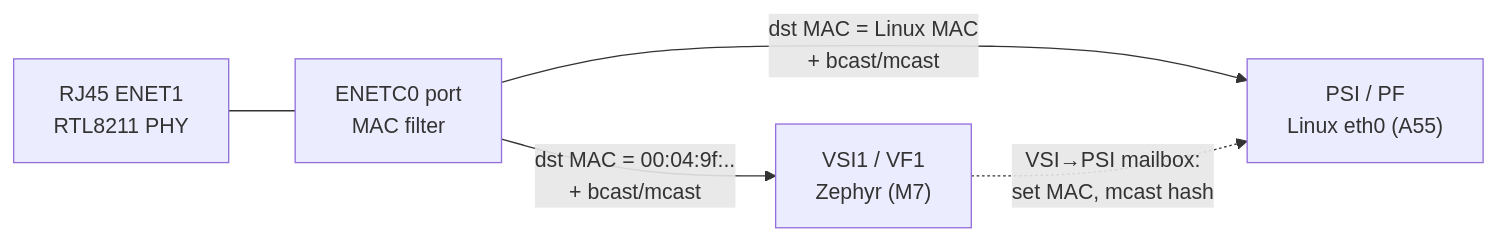
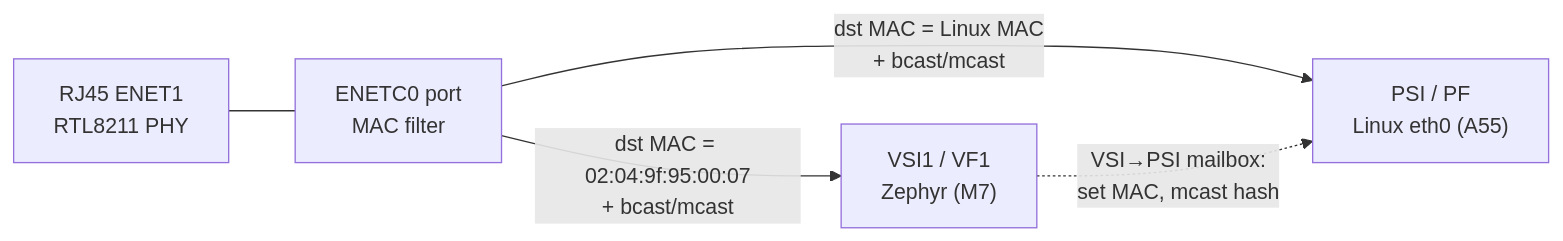
The diagram in docs/ethernet.md (wrouwet/imx95-devenv), drawn with Mermaid before and after one commit. The commit also changed other lines of this file and 14 other files, not shown here.

````diff
--- a/docs/ethernet.md
+++ b/docs/ethernet.md
@@ -5,7 +5,7 @@
 ```mermaid
 flowchart LR
     wire[RJ45 ENET1<br/>RTL8211 PHY] --- port[ENETC0 port<br/>MAC filter]
     port -->|"dst MAC = Linux MAC<br/>+ bcast/mcast"| psi["PSI / PF<br/>Linux eth0 (A55)"]
-    port -->|"dst MAC = 00:04:9f:..<br/>+ bcast/mcast"| vsi["VSI1 / VF1<br/>Zephyr (M7)"]
+    port -->|"dst MAC = 02:04:9f:95:00:07<br/>+ bcast/mcast"| vsi["VSI1 / VF1<br/>Zephyr (M7)"]
     vsi -. "VSI→PSI mailbox:<br/>set MAC, mcast hash" .-> psi
 ```
````
